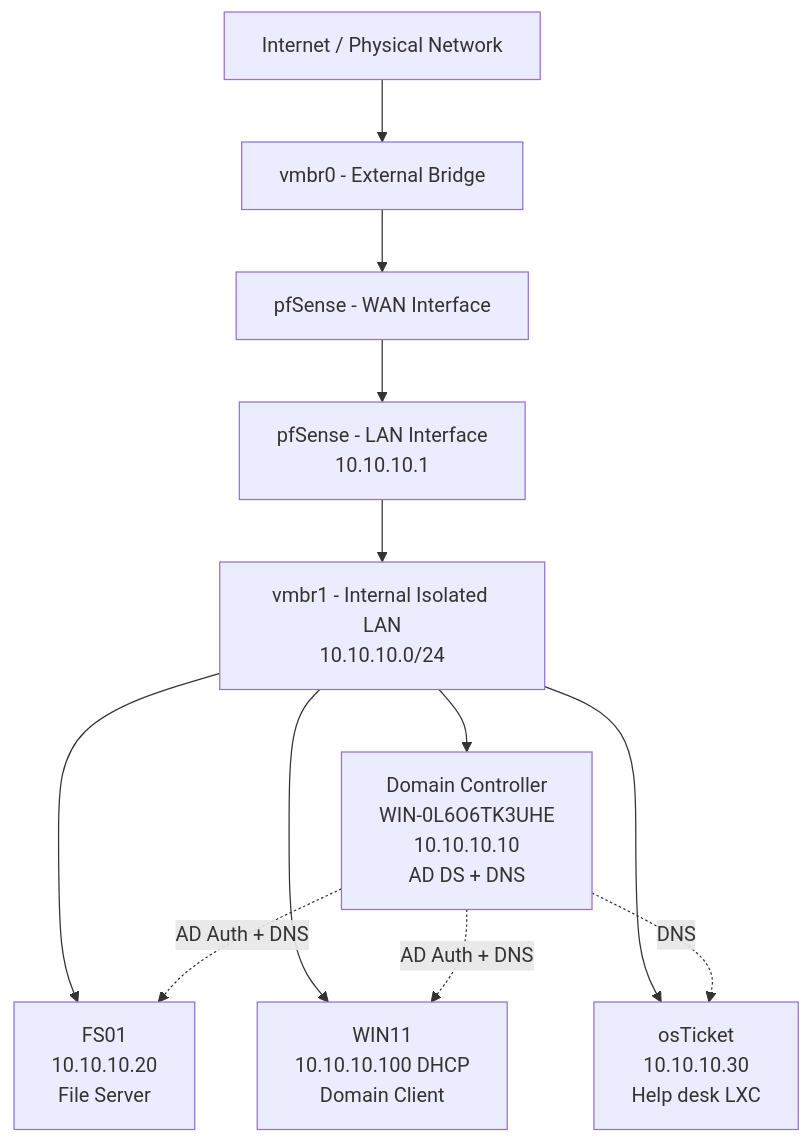
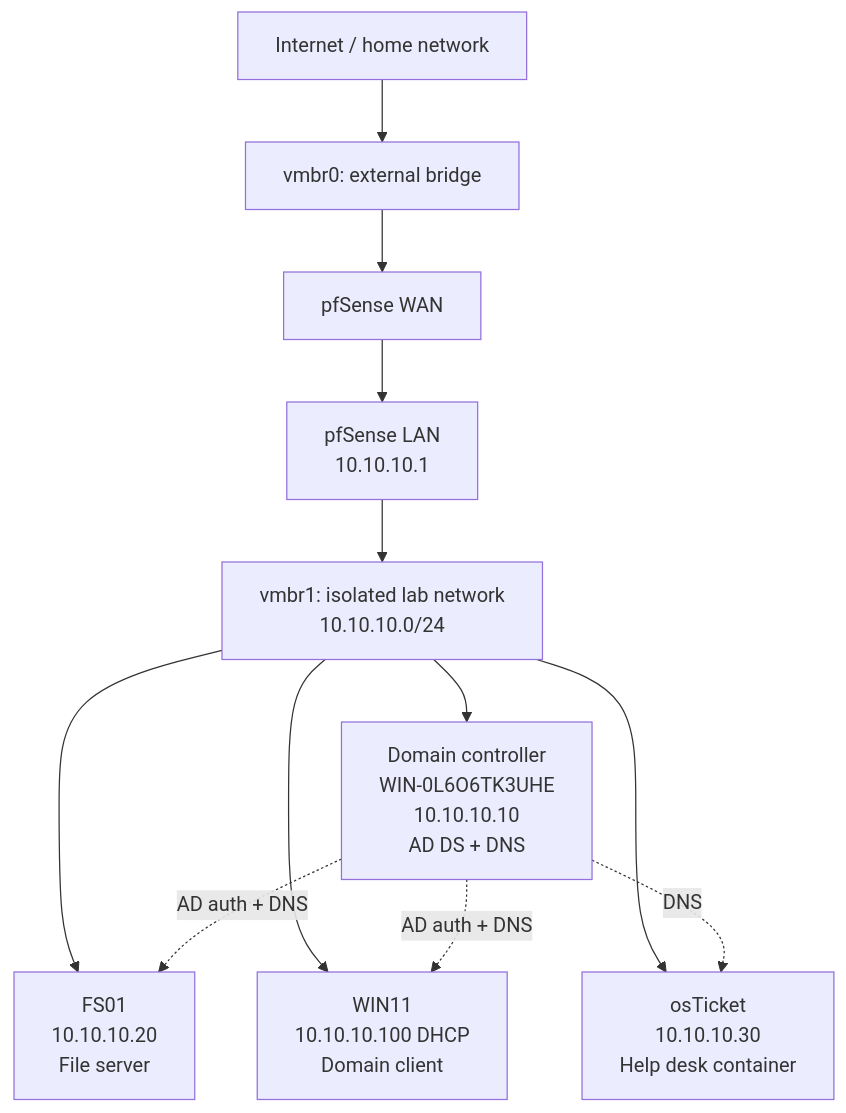
Before and after one commit to Baester/Home-Lab: the diagram in README.md, drawn with Mermaid. The commit also changed other lines of this file, not shown here.

````diff
--- a/README.md
+++ b/README.md
@@ -11,14 +11,14 @@
 ```mermaid
 flowchart TD
-    A[Internet / Physical Network] --> B[vmbr0 - External Bridge]
-    B --> C[pfSense - WAN Interface]
-    C --> D[pfSense - LAN Interface<br/>10.10.10.1]
-    D --> E[vmbr1 - Internal Isolated LAN<br/>10.10.10.0/24]
-    E --> F[Domain Controller<br/>WIN-0L6O6TK3UHE<br/>10.10.10.10<br/>AD DS + DNS]
-    E --> G[FS01<br/>10.10.10.20<br/>File Server]
-    E --> H[WIN11<br/>10.10.10.100 DHCP<br/>Domain Client]
-    E --> I[osTicket<br/>10.10.10.30<br/>Help desk LXC]
-    F -.AD Auth + DNS.-> G
-    F -.AD Auth + DNS.-> H
+    A[Internet / home network] --> B[vmbr0: external bridge]
+    B --> C[pfSense WAN]
+    C --> D[pfSense LAN<br/>10.10.10.1]
+    D --> E[vmbr1: isolated lab network<br/>10.10.10.0/24]
+    E --> F[Domain controller<br/>WIN-0L6O6TK3UHE<br/>10.10.10.10<br/>AD DS + DNS]
+    E --> G[FS01<br/>10.10.10.20<br/>File server]
+    E --> H[WIN11<br/>10.10.10.100 DHCP<br/>Domain client]
+    E --> I[osTicket<br/>10.10.10.30<br/>Help desk container]
+    F -.AD auth + DNS.-> G
+    F -.AD auth + DNS.-> H
     F -.DNS.-> I
 ```
````
